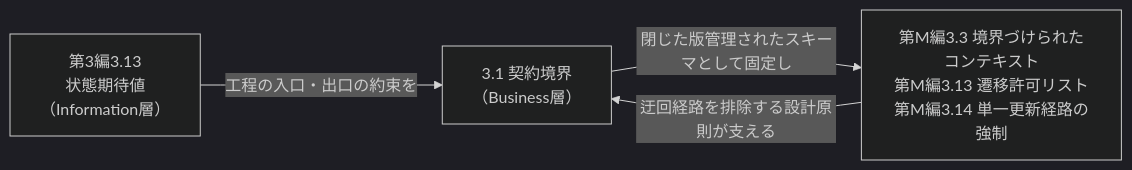
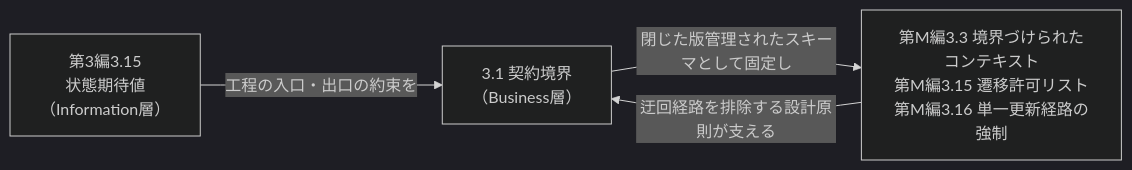
One commit to yuubae215/my-dictionary changed the first of 2 diagrams in pilot/part5-business.md. Above: the diagram before and after it, drawn with Mermaid (dark theme). The commit also changed other lines of this file and 8 other files, not shown here.

````diff
--- a/pilot/part5-business.md
+++ b/pilot/part5-business.md
@@ -28,10 +28,10 @@
 ```mermaid
 flowchart LR
-    SE["第3編3.13<br/>状態期待値<br/>（Information層）"]
+    SE["第3編3.15<br/>状態期待値<br/>（Information層）"]
     CB["3.1 契約境界<br/>（Business層）"]
-    META["第M編3.3 境界づけられたコンテキスト<br/>第M編3.13 遷移許可リスト<br/>第M編3.14 単一更新経路の強制"]
+    META["第M編3.3 境界づけられたコンテキスト<br/>第M編3.15 遷移許可リスト<br/>第M編3.16 単一更新経路の強制"]
 
     SE -->|"工程の入口・出口の約束を"| CB
     CB -->|"閉じた版管理されたスキーマとして固定し"| META
     META -->|"迂回経路を排除する設計原則が支える"| CB
 ```
````
